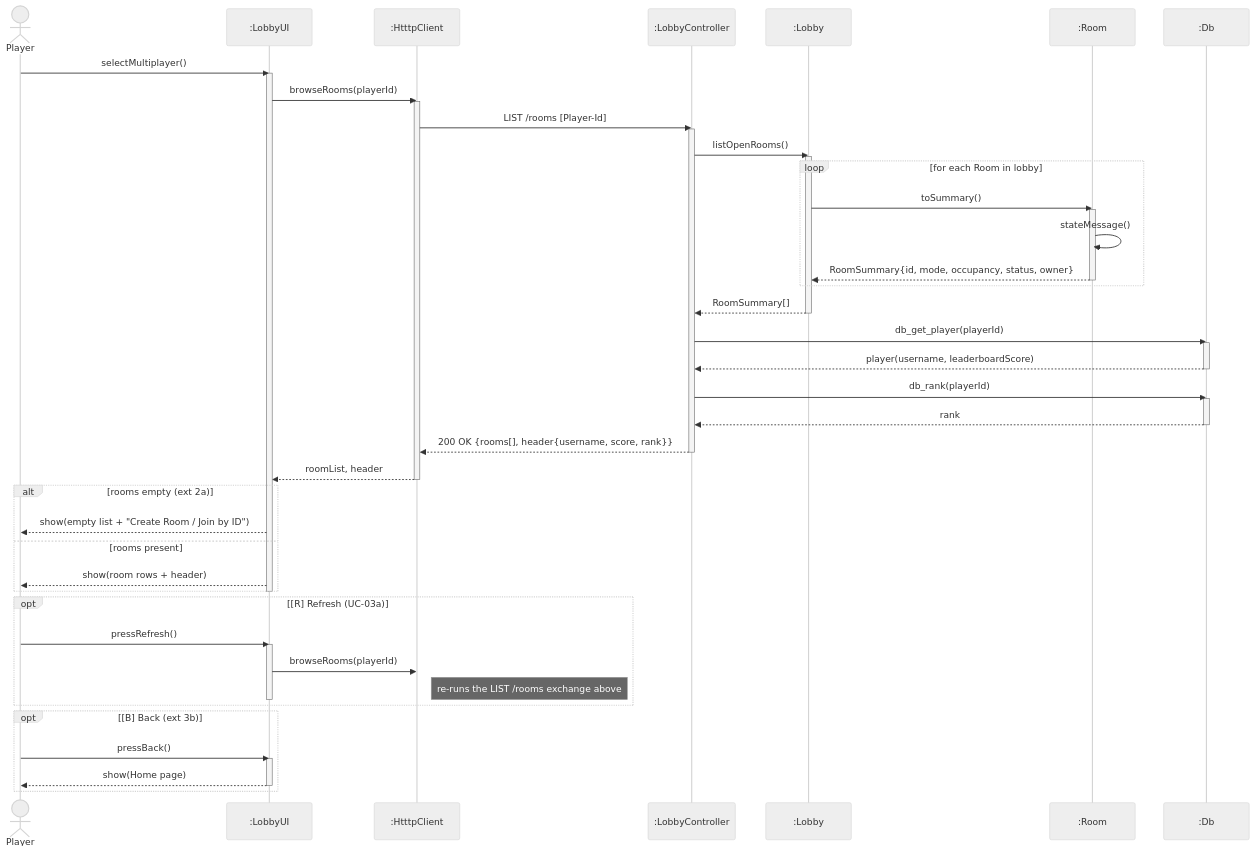
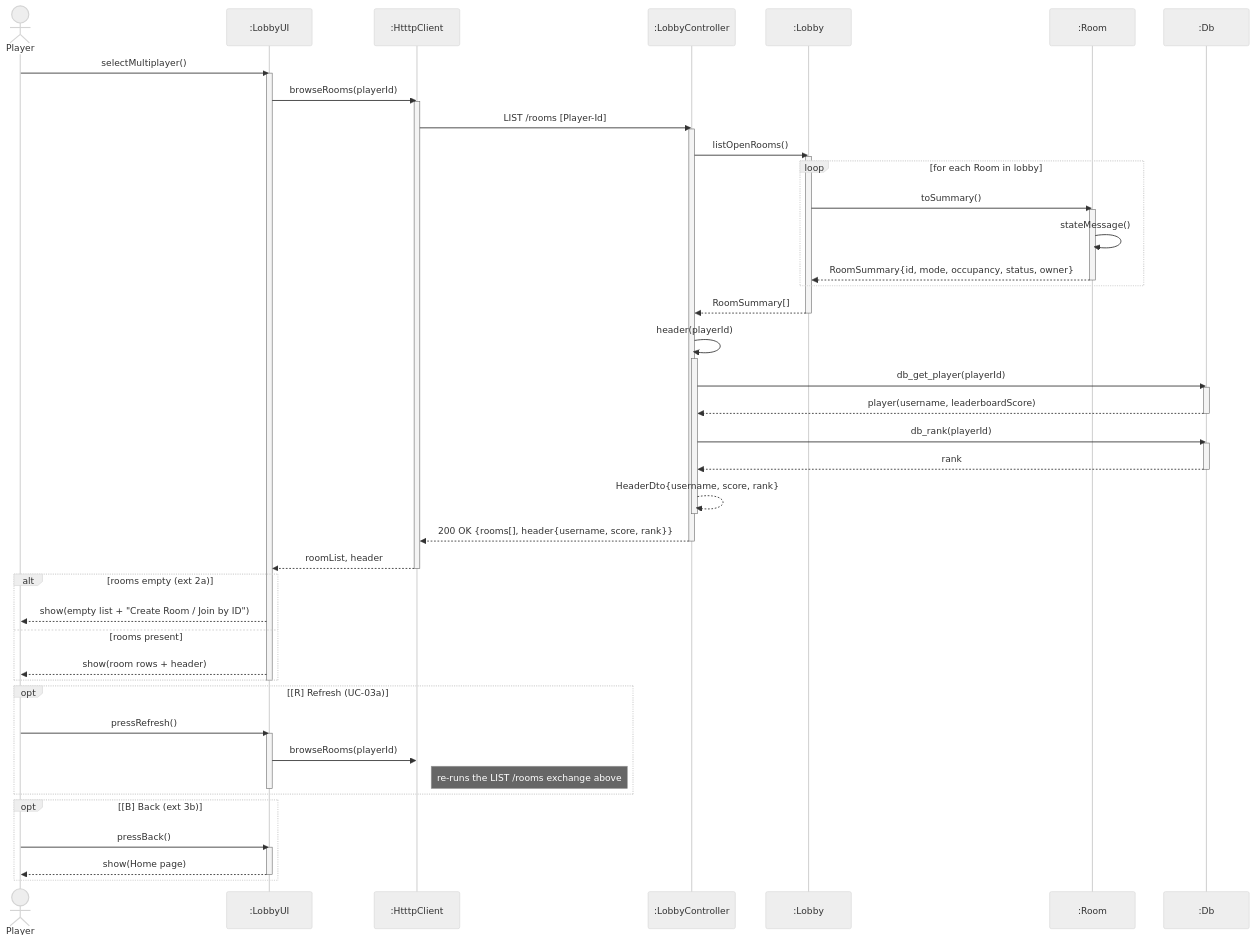
One commit to ziqiqiiii/tetriSH changed diagram 14 of 21 in docs/diagrams/class_and_sequence_diagrams/cd_sd_uc01-uc09.md. Above: the diagram before and after it, drawn with Mermaid (neutral theme). The commit also changed 3 other files, not shown here.

````diff
--- a/docs/diagrams/class_and_sequence_diagrams/cd_sd_uc01-uc09.md
+++ b/docs/diagrams/class_and_sequence_diagrams/cd_sd_uc01-uc09.md
@@ -1228,66 +1228,70 @@
 ```mermaid
 sequenceDiagram
     actor P as Player
     participant UI as :LobbyUI
     participant C as :HtttpClient
     participant LC as :LobbyController
     participant L as :Lobby
     participant R as :Room
     participant DB as :Db
 
     P->>UI: selectMultiplayer()
     activate UI
     UI->>C: browseRooms(playerId)
     activate C
     C->>LC: LIST /rooms  [Player-Id]
     activate LC
 
     LC->>L: listOpenRooms()
     activate L
     loop for each Room in lobby
         L->>R: toSummary()
         activate R
         R->>R: stateMessage()
         R-->>L: RoomSummary{id, mode, occupancy, status, owner}
         deactivate R
     end
     L-->>LC: RoomSummary[]
     deactivate L
 
+    LC->>LC: header(playerId)
+    activate LC
     LC->>DB: db_get_player(playerId)
     activate DB
     DB-->>LC: player(username, leaderboardScore)
     deactivate DB
 
     LC->>DB: db_rank(playerId)
     activate DB
     DB-->>LC: rank
     deactivate DB
+    LC-->>LC: HeaderDto{username, score, rank}
+    deactivate LC
 
     LC-->>C: 200 OK {rooms[], header{username, score, rank}}
     deactivate LC
     C-->>UI: roomList, header
     deactivate C
 
     alt rooms empty  (ext 2a)
         UI-->>P: show(empty list + "Create Room / Join by ID")
     else rooms present
         UI-->>P: show(room rows + header)
     end
     deactivate UI
 
     opt [R] Refresh  (UC-03a)
         P->>UI: pressRefresh()
         activate UI
         UI->>C: browseRooms(playerId)
         note right of C: re-runs the LIST /rooms exchange above
         deactivate UI
     end
 
     opt [B] Back  (ext 3b)
         P->>UI: pressBack()
         activate UI
         UI-->>P: show(Home page)
         deactivate UI
     end
 ```
````
